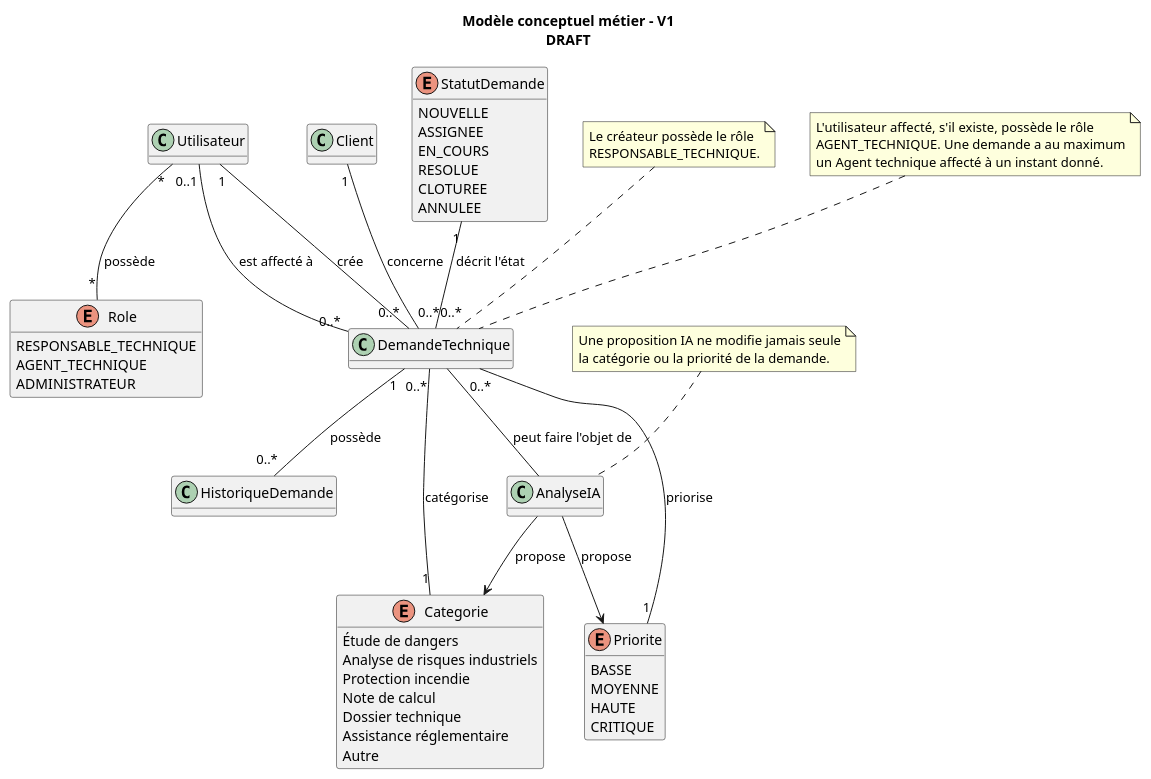
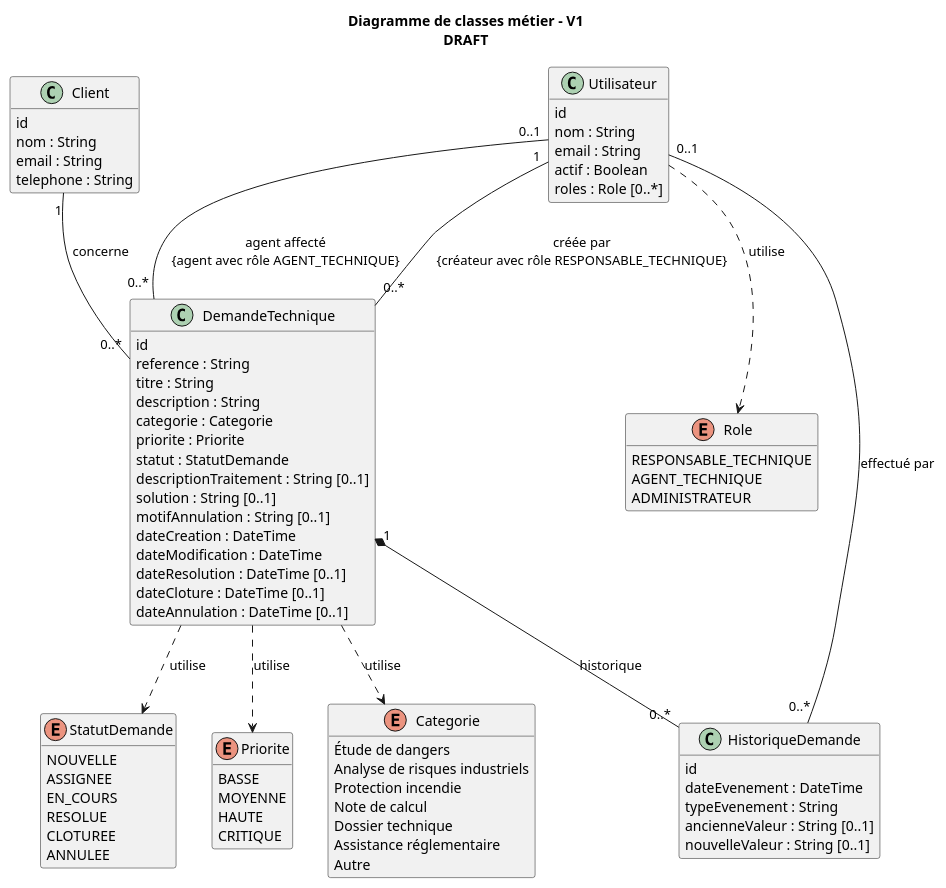
The diagram in docs/uml/class/domain-model-v1.puml (akrouty/gestion-demandes-techniques), drawn with PlantUML before and after one commit. The commit also changed 5 other files, not shown here.

Commit message:
uml condition + etat draf diagramme

```diff
--- a/docs/uml/class/domain-model-v1.puml
+++ b/docs/uml/class/domain-model-v1.puml
@@ -1,71 +1,93 @@
 @startuml
 
 ' Statut : DRAFT
-title Modèle conceptuel métier - V1\nDRAFT
+title Diagramme de classes métier - V1\nDRAFT
 
 hide methods
 skinparam classAttributeIconSize 0
 
-class Utilisateur
-class Client
-class DemandeTechnique
-class HistoriqueDemande
-class AnalyseIA
+class Utilisateur {
+  id
+  nom : String
+  email : String
+  actif : Boolean
+  roles : Role [0..*]
+}
+
+class Client {
+  id
+  nom : String
+  email : String
+  telephone : String
+}
+
+class DemandeTechnique {
+  id
+  reference : String
+  titre : String
+  description : String
+  categorie : Categorie
+  priorite : Priorite
+  statut : StatutDemande
+  descriptionTraitement : String [0..1]
+  solution : String [0..1]
+  motifAnnulation : String [0..1]
+  dateCreation : DateTime
+  dateModification : DateTime
+  dateResolution : DateTime [0..1]
+  dateCloture : DateTime [0..1]
+  dateAnnulation : DateTime [0..1]
+}
+
+class HistoriqueDemande {
+  id
+  dateEvenement : DateTime
+  typeEvenement : String
+  ancienneValeur : String [0..1]
+  nouvelleValeur : String [0..1]
+}
 
 enum Role {
   RESPONSABLE_TECHNIQUE
   AGENT_TECHNIQUE
   ADMINISTRATEUR
 }
 
 enum StatutDemande {
   NOUVELLE
   ASSIGNEE
   EN_COURS
   RESOLUE
   CLOTUREE
   ANNULEE
 }
 
 enum Priorite {
   BASSE
   MOYENNE
   HAUTE
   CRITIQUE
 }
 
 enum Categorie {
   Étude de dangers
   Analyse de risques industriels
   Protection incendie
   Note de calcul
   Dossier technique
   Assistance réglementaire
   Autre
 }
 
-Utilisateur "*" -- "*" Role : possède
+Client "1" -- "0..*" DemandeTechnique : concerne
+Utilisateur "1" -- "0..*" DemandeTechnique : créée par\n{créateur avec rôle RESPONSABLE_TECHNIQUE}
+Utilisateur "0..1" -- "0..*" DemandeTechnique : agent affecté\n{agent avec rôle AGENT_TECHNIQUE}
+DemandeTechnique "1" *-- "0..*" HistoriqueDemande : historique
+Utilisateur "0..1" -- "0..*" HistoriqueDemande : effectué par
 
-Client "1" -- "0..*" DemandeTechnique : concerne
-Utilisateur "1" -- "0..*" DemandeTechnique : crée
-Utilisateur "0..1" -- "0..*" DemandeTechnique : est affecté à
-
-Categorie "1" -- "0..*" DemandeTechnique : catégorise
-Priorite "1" -- "0..*" DemandeTechnique : priorise
-StatutDemande "1" -- "0..*" DemandeTechnique : décrit l'état
-
-DemandeTechnique "1" -- "0..*" HistoriqueDemande : possède
-DemandeTechnique -- AnalyseIA : peut faire l'objet de
-AnalyseIA --> Categorie : propose
-AnalyseIA --> Priorite : propose
-
-note "Le créateur possède le rôle\nRESPONSABLE_TECHNIQUE." as CreatorRule
-CreatorRule .. DemandeTechnique
-
-note "L'utilisateur affecté, s'il existe, possède le rôle\nAGENT_TECHNIQUE. Une demande a au maximum\nun Agent technique affecté à un instant donné." as AssignmentRule
-AssignmentRule .. DemandeTechnique
-
-note "Une proposition IA ne modifie jamais seule\nla catégorie ou la priorité de la demande." as AiRule
-AiRule .. AnalyseIA
+Utilisateur ..> Role : utilise
+DemandeTechnique ..> Categorie : utilise
+DemandeTechnique ..> Priorite : utilise
+DemandeTechnique ..> StatutDemande : utilise
 
 @enduml
```
